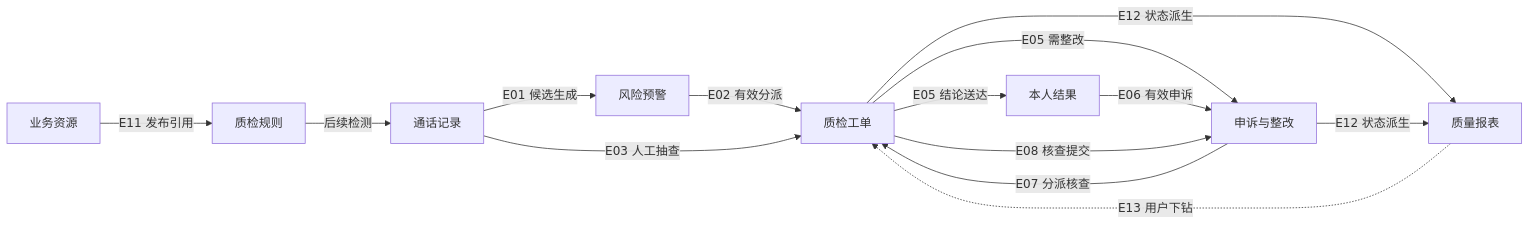
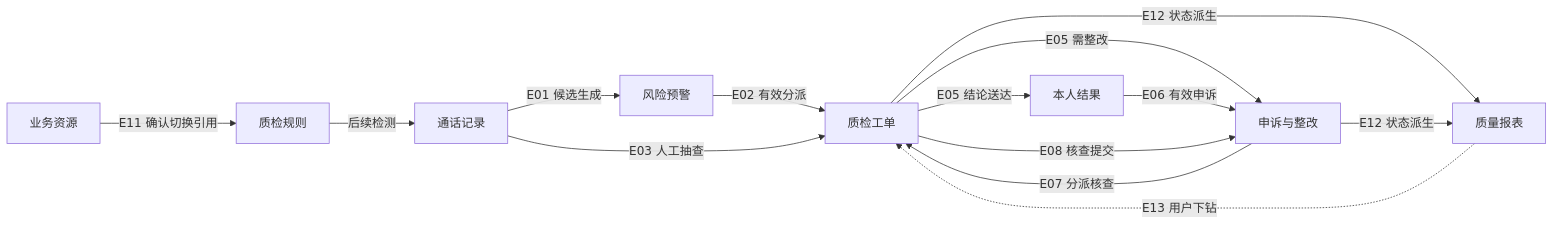
Before and after one commit to h-pl/bank-voice-qc-mvp-p0: the diagram in docs/reviews/页面流程/events.mmd, drawn with Mermaid. The commit also changed 28 other files, not shown here.

```diff
--- a/docs/reviews/页面流程/events.mmd
+++ b/docs/reviews/页面流程/events.mmd
@@ -1,14 +1,14 @@
 flowchart LR
  C[通话记录] -->|E01 候选生成| A[风险预警]
  A -->|E02 有效分派| W[质检工单]
  C -->|E03 人工抽查| W
  W -->|E05 结论送达| O[本人结果]
  W -->|E05 需整改| I[申诉与整改]
  O -->|E06 有效申诉| I
  I -->|E07 分派核查| W
  W -->|E08 核查提交| I
- R[业务资源] -->|E11 发布引用| Q[质检规则]
+ R[业务资源] -->|E11 确认切换引用| Q[质检规则]
  Q -->|后续检测| C
  W -->|E12 状态派生| P[质量报表]
  I -->|E12 状态派生| P
  P -.->|E13 用户下钻| W
```
